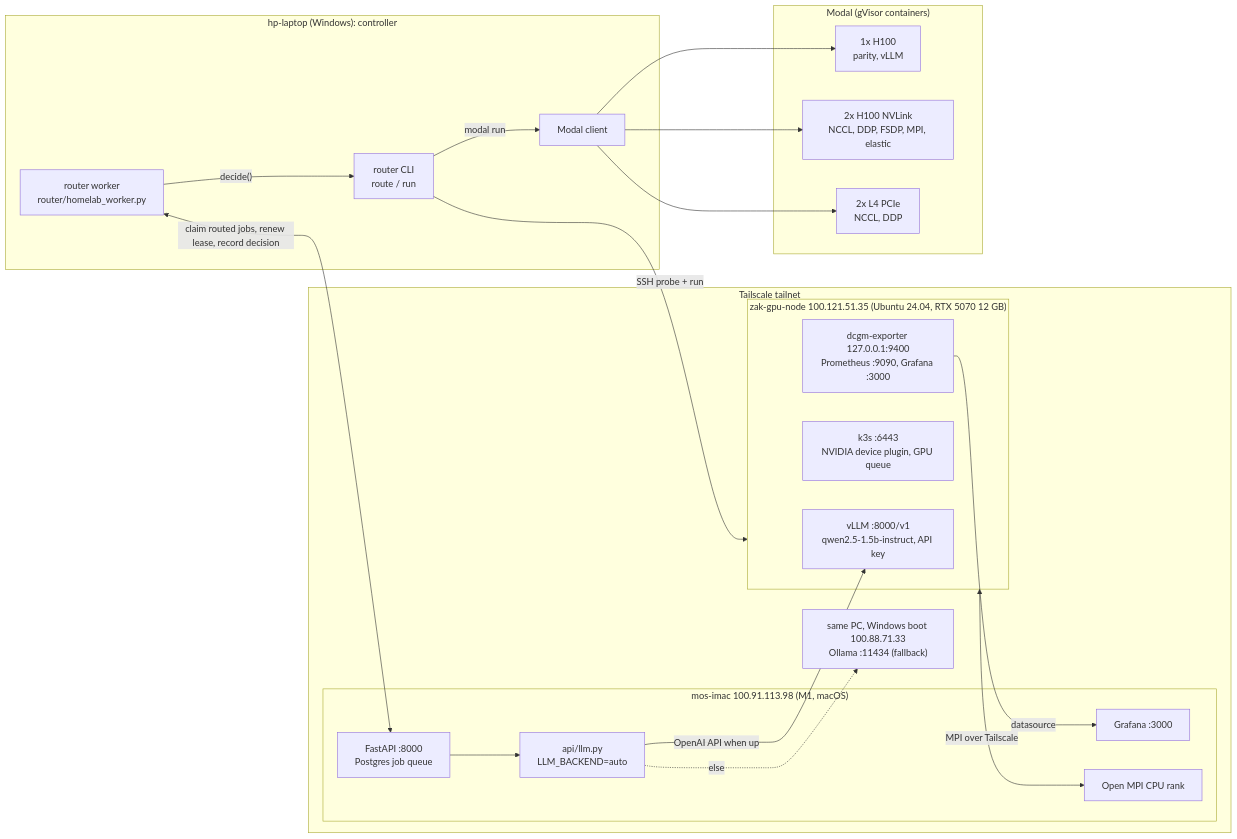
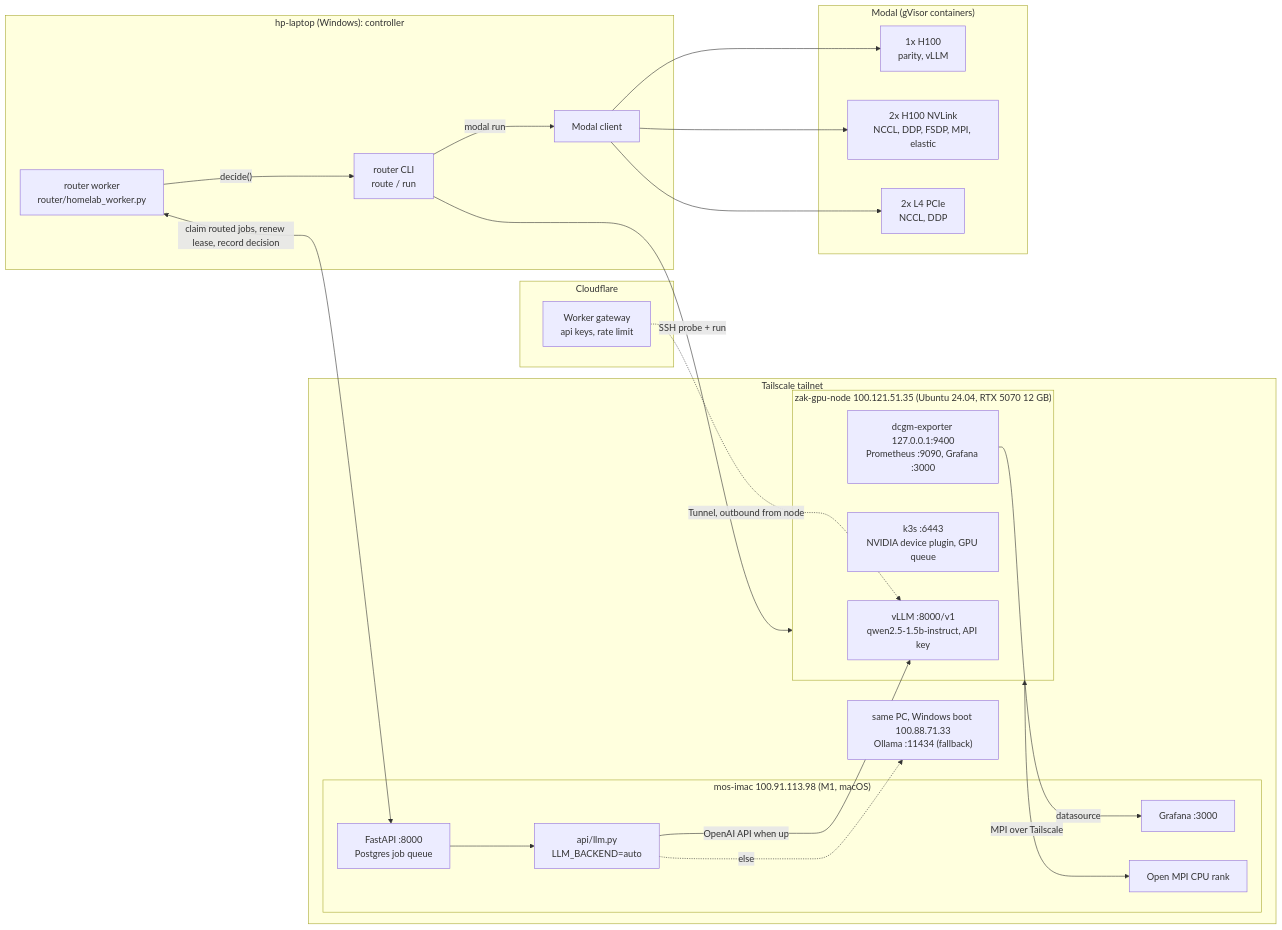
One commit to zakiscoding/gpu-systems-lab changed the diagram in README.md. Above: the diagram before and after it, drawn with Mermaid. The commit also changed other lines of this file and 17 other files, not shown here.

First line of the commit message:
Add Cloudflare Worker gateway for vLLM

````diff
--- a/README.md
+++ b/README.md
@@ -32,37 +32,41 @@
 ```mermaid
 flowchart LR
     subgraph Laptop["hp-laptop (Windows): controller"]
         RW["router worker<br/>router/homelab_worker.py"]
         R["router CLI<br/>route / run"]
         MC["Modal client"]
     end
     subgraph Tailnet["Tailscale tailnet"]
         subgraph IMac["mos-imac 100.91.113.98 (M1, macOS)"]
             API["FastAPI :8000<br/>Postgres job queue"]
             LLM["api/llm.py<br/>LLM_BACKEND=auto"]
             IG["Grafana :3000"]
             IR["Open MPI CPU rank"]
         end
         subgraph Node["zak-gpu-node 100.121.51.35 (Ubuntu 24.04, RTX 5070 12 GB)"]
             V["vLLM :8000/v1<br/>qwen2.5-1.5b-instruct, API key"]
             K["k3s :6443<br/>NVIDIA device plugin, GPU queue"]
             OBS["dcgm-exporter 127.0.0.1:9400<br/>Prometheus :9090, Grafana :3000"]
         end
         OL["same PC, Windows boot 100.88.71.33<br/>Ollama :11434 (fallback)"]
     end
+    subgraph CF["Cloudflare"]
+        GW["Worker gateway<br/>api keys, rate limit"]
+    end
     subgraph Modal["Modal (gVisor containers)"]
         H1["1x H100<br/>parity, vLLM"]
         H2["2x H100 NVLink<br/>NCCL, DDP, FSDP, MPI, elastic"]
         L4["2x L4 PCIe<br/>NCCL, DDP"]
     end
     RW <-- "claim routed jobs, renew lease, record decision" --> API
     RW -- "decide()" --> R
     R -- "SSH probe + run" --> Node
     R -- "modal run" --> MC
     MC --> H1 & H2 & L4
     API --> LLM
     LLM -- "OpenAI API when up" --> V
     LLM -. "else" .-> OL
     OBS -- "datasource" --> IG
     Node <-- "MPI over Tailscale" --> IR
+    GW -. "Tunnel, outbound from node" .-> V
 ```
````
